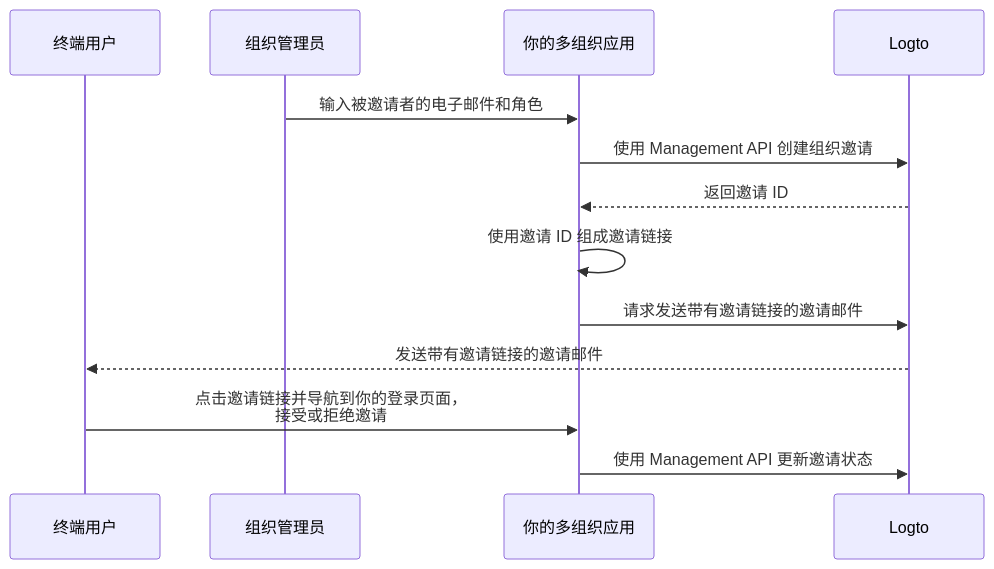
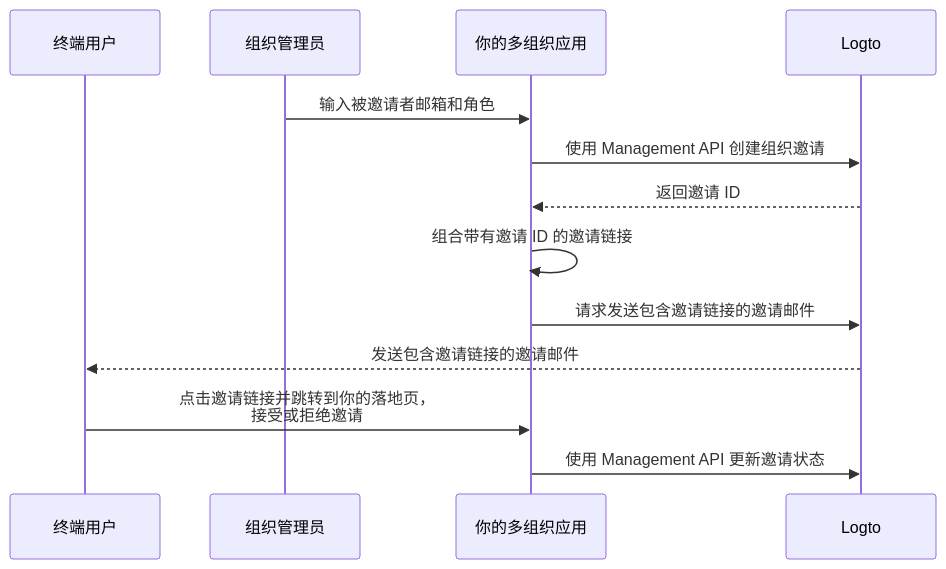
Before and after one commit to logto-io/docs: the diagram in i18n/zh-CN/docusaurus-plugin-content-docs/current/end-user-flows/organization-experience/invite-organization-members.mdx, drawn with Mermaid. The commit also changed other lines of this file and 357 other files, not shown here.

````diff
--- a/i18n/zh-CN/docusaurus-plugin-content-docs/current/end-user-flows/organization-experience/invite-organization-members.mdx
+++ b/i18n/zh-CN/docusaurus-plugin-content-docs/current/end-user-flows/organization-experience/invite-organization-members.mdx
@@ -13,16 +13,16 @@
 ```mermaid
 sequenceDiagram
 	Participant U as 终端用户
   Participant A as 组织管理员
   Participant C as 你的多组织应用
 	Participant L as Logto
 
-  A ->> C: 输入被邀请者的电子邮件和角色
+  A ->> C: 输入被邀请者邮箱和角色
   C ->> L: 使用 Management API 创建组织邀请
   L -->> C: 返回邀请 ID
-  C ->> C: 使用邀请 ID 组成邀请链接
-  C ->> L: 请求发送带有邀请链接的邀请邮件
-  L -->> U: 发送带有邀请链接的邀请邮件
-  U ->> C: 点击邀请链接并导航到你的登录页面，<br />接受或拒绝邀请
+  C ->> C: 组合带有邀请 ID 的邀请链接
+  C ->> L: 请求发送包含邀请链接的邀请邮件
+  L -->> U: 发送包含邀请链接的邀请邮件
+  U ->> C: 点击邀请链接并跳转到你的落地页，<br /> 接受或拒绝邀请
   C ->> L: 使用 Management API 更新邀请状态
 ```
````
